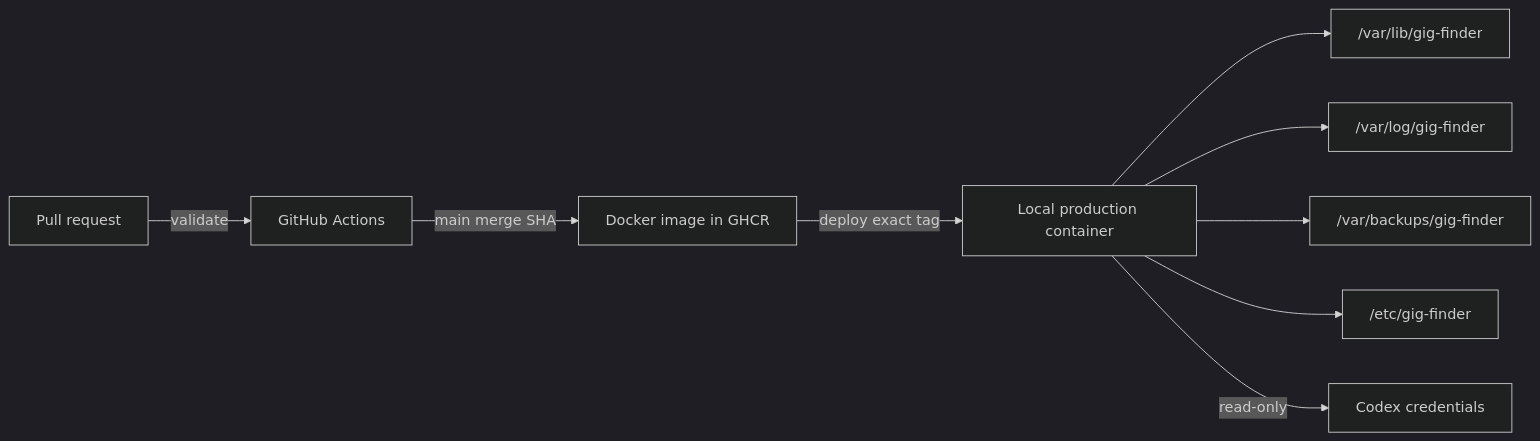
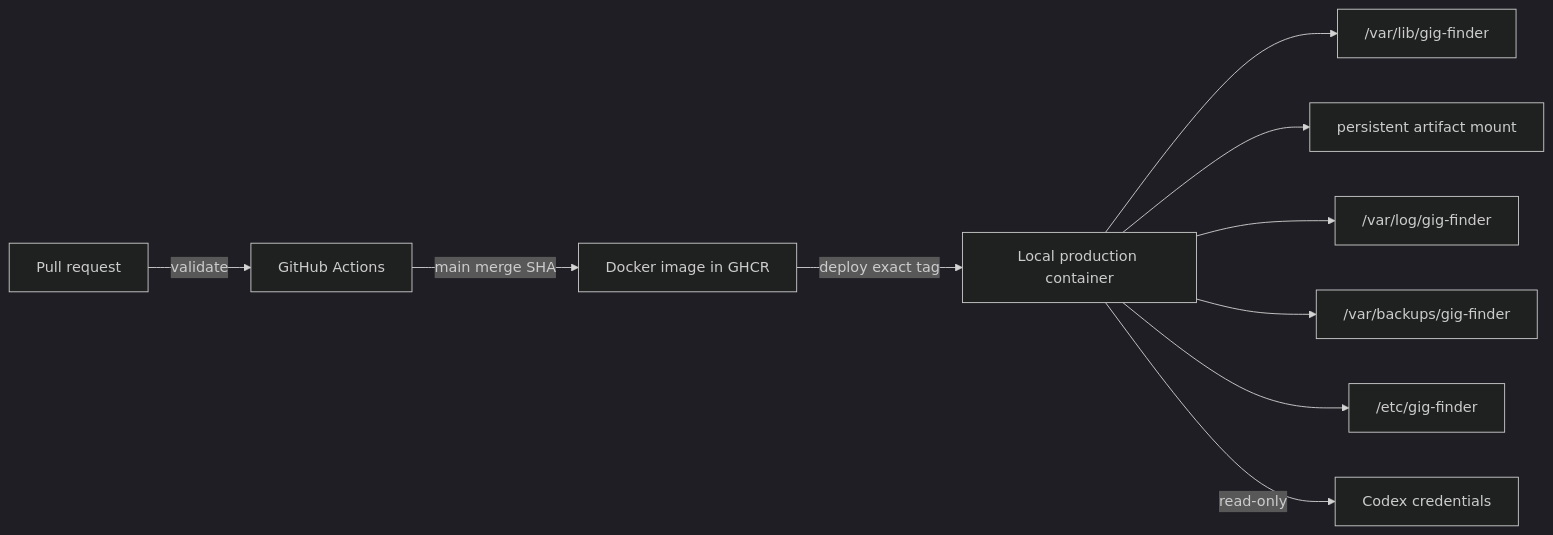
Before and after one commit to paulmccallick/gig-finder: the diagram in docs/architecture/decisions/0007-immutable-production-deployment.md, drawn with Mermaid (dark theme). The commit also changed other lines of this file and 5 other files, not shown here.

````diff
--- a/docs/architecture/decisions/0007-immutable-production-deployment.md
+++ b/docs/architecture/decisions/0007-immutable-production-deployment.md
@@ -15,11 +15,12 @@
 ```mermaid
 flowchart LR
   PR[Pull request] -->|validate| CI[GitHub Actions]
   CI -->|main merge SHA| Image[Docker image in GHCR]
   Image -->|deploy exact tag| Host[Local production container]
   Host --> State["/var/lib/gig-finder"]
+  Host --> Artifacts["persistent artifact mount"]
   Host --> Logs["/var/log/gig-finder"]
   Host --> Backups["/var/backups/gig-finder"]
   Host --> Config["/etc/gig-finder"]
   Host -->|read-only| Credentials[Codex credentials]
 ```
````
